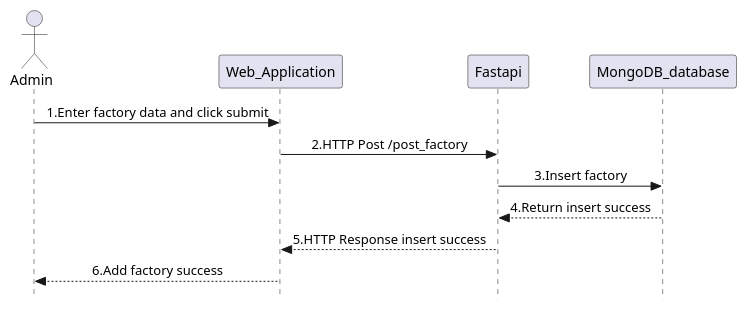
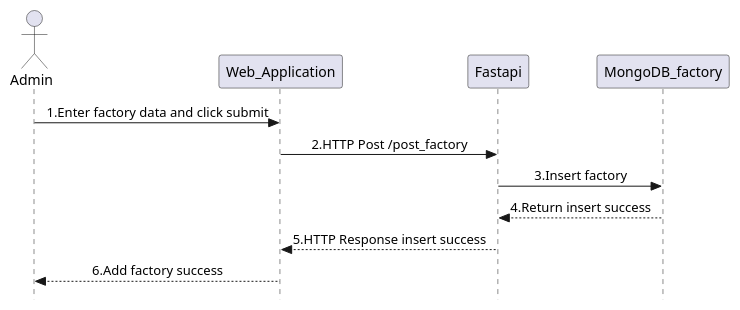
Before and after one commit to pasin2545/sequence-diagram: the diagram in Admin_addFactory.plantuml, drawn with PlantUML. The commit also changed 19 other files, not shown here.

Commit message:
update DB in sequence diagram

```diff
--- a/Admin_addFactory.plantuml
+++ b/Admin_addFactory.plantuml
@@ -1,14 +1,14 @@
 @startuml Roof_Surface_Admin_deleteAdmin
 skinparam Style strictuml
 skinparam SequenceMessageAlignment center
 actor Admin as admin
 participant Web_Application as web_app
 participant Fastapi as fastapi
-participant MongoDB_database as base
+participant MongoDB_factory as factory
 admin -> web_app : 1.Enter factory data and click submit
 web_app -> fastapi : 2.HTTP Post /post_factory
-fastapi -> base : 3.Insert factory
-base --> fastapi : 4.Return insert success
+fastapi -> factory : 3.Insert factory
+factory --> fastapi : 4.Return insert success
 fastapi --> web_app : 5.HTTP Response insert success
 web_app --> admin : 6.Add factory success
 @enduml
```
